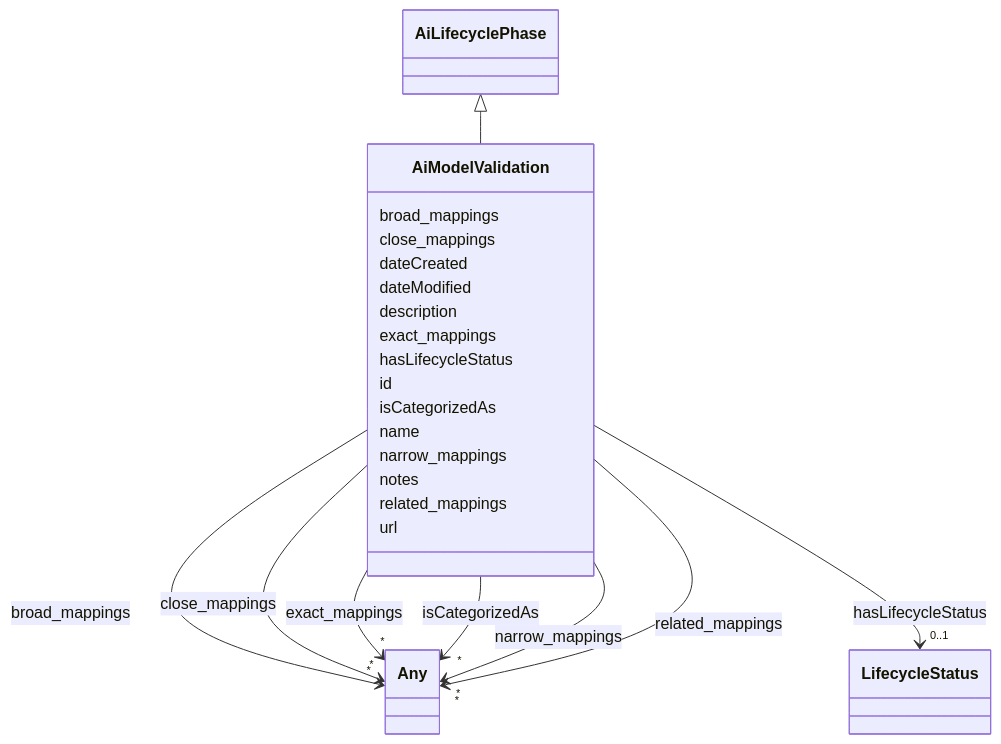
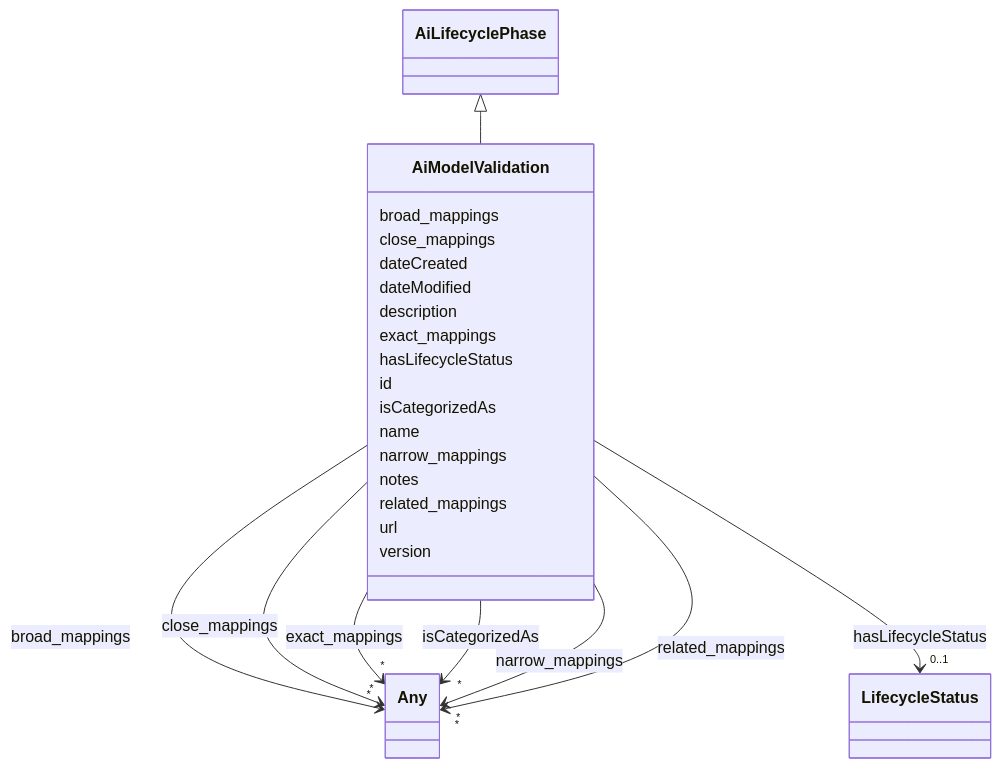
The diagram in docs/ontology/AiModelValidation.md (IBM/ai-atlas-nexus), drawn with Mermaid before and after one commit. The commit also changed other lines of this file and 101 other files, not shown here.

````diff
--- a/docs/ontology/AiModelValidation.md
+++ b/docs/ontology/AiModelValidation.md
@@ -109,5 +109,7 @@
 
       AiModelValidation : url
 
+      AiModelValidation : version
+
 
 ```
````
